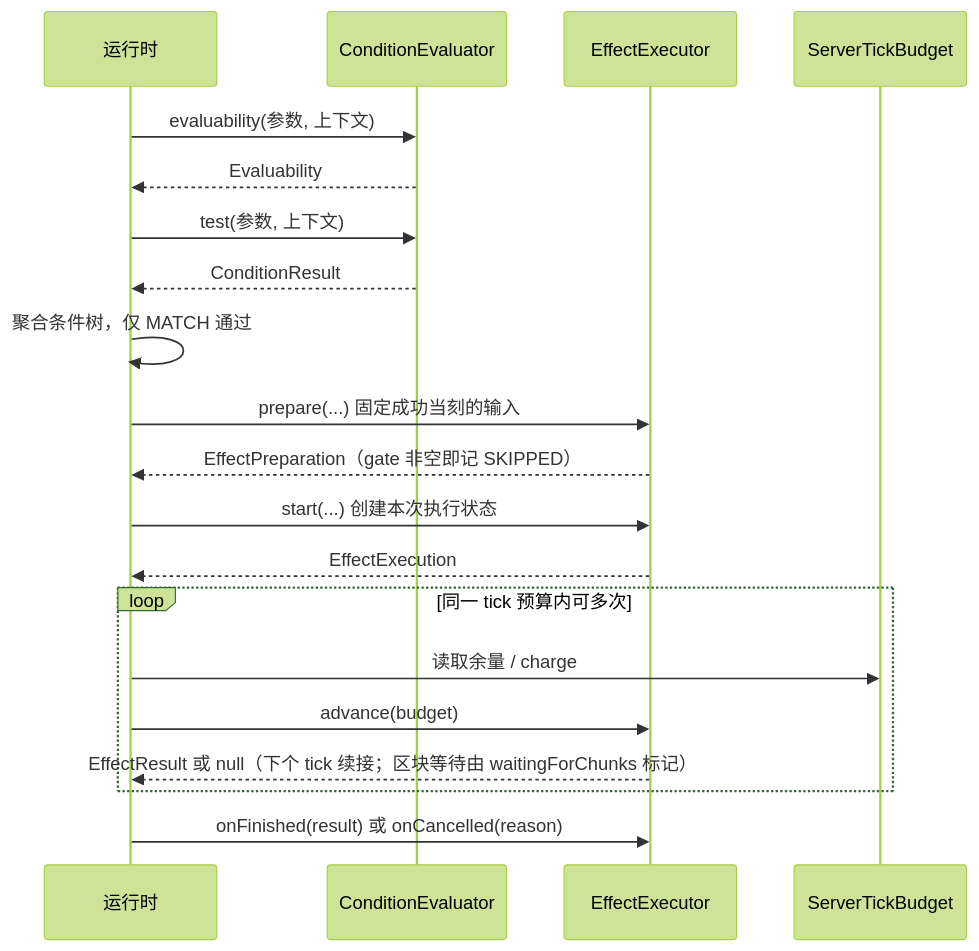
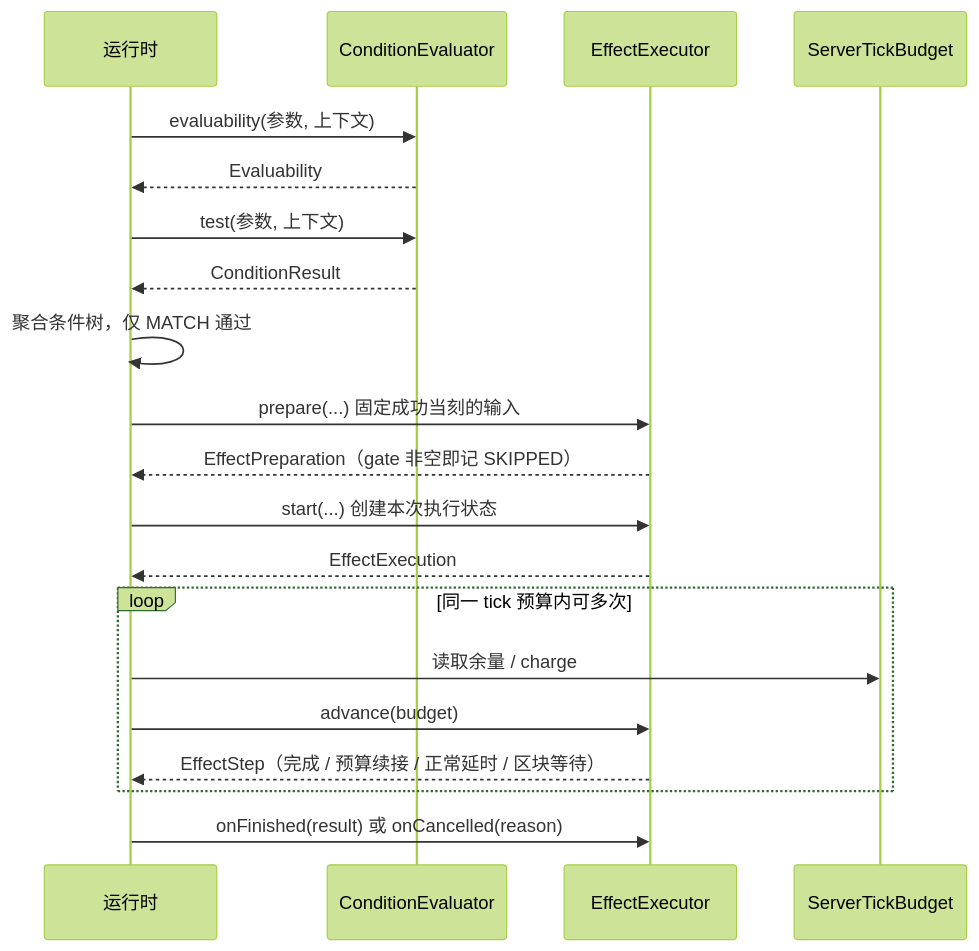
Before and after one commit to meteoritel/item-despawn-to-what: the second of 3 diagrams in docs/modules/core-contract.md, drawn with Mermaid (forest theme). The commit also changed other lines of this file and 21 other files, not shown here.

First line of the commit message:
refactor(api): 用 EffectStep 替换 EffectExecution 的可空回执

````diff
--- a/docs/modules/core-contract.md
+++ b/docs/modules/core-contract.md
@@ -95,22 +95,22 @@
 ```mermaid
 sequenceDiagram
     participant RT as 运行时
     participant CT as ConditionEvaluator
     participant EX as EffectExecutor
     participant BD as ServerTickBudget
     RT->>CT: evaluability(参数, 上下文)
     CT-->>RT: Evaluability
     RT->>CT: test(参数, 上下文)
     CT-->>RT: ConditionResult
     RT->>RT: 聚合条件树，仅 MATCH 通过
     RT->>EX: prepare(...) 固定成功当刻的输入
     EX-->>RT: EffectPreparation（gate 非空即记 SKIPPED）
     RT->>EX: start(...) 创建本次执行状态
     EX-->>RT: EffectExecution
     loop 同一 tick 预算内可多次
         RT->>BD: 读取余量 / charge
         RT->>EX: advance(budget)
-        EX-->>RT: EffectResult 或 null（下个 tick 续接；区块等待由 waitingForChunks 标记）
+        EX-->>RT: EffectStep（完成 / 预算续接 / 正常延时 / 区块等待）
     end
     RT->>EX: onFinished(result) 或 onCancelled(reason)
 ```
````
